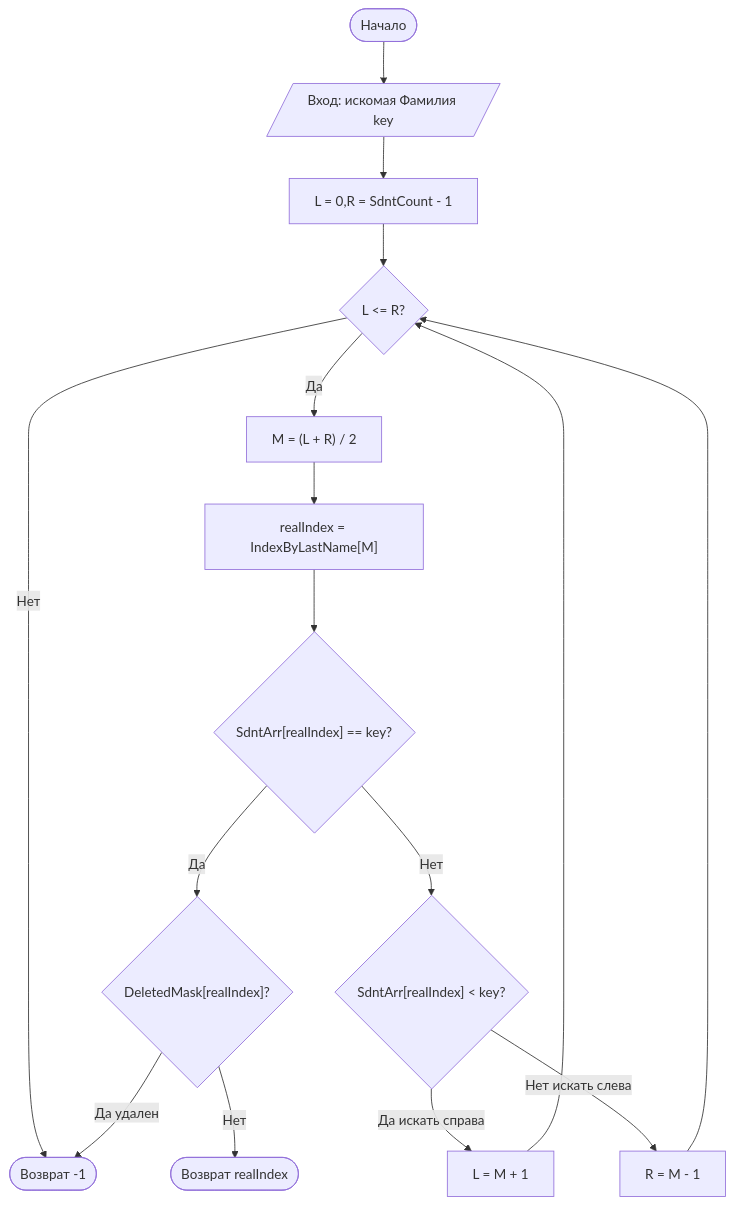
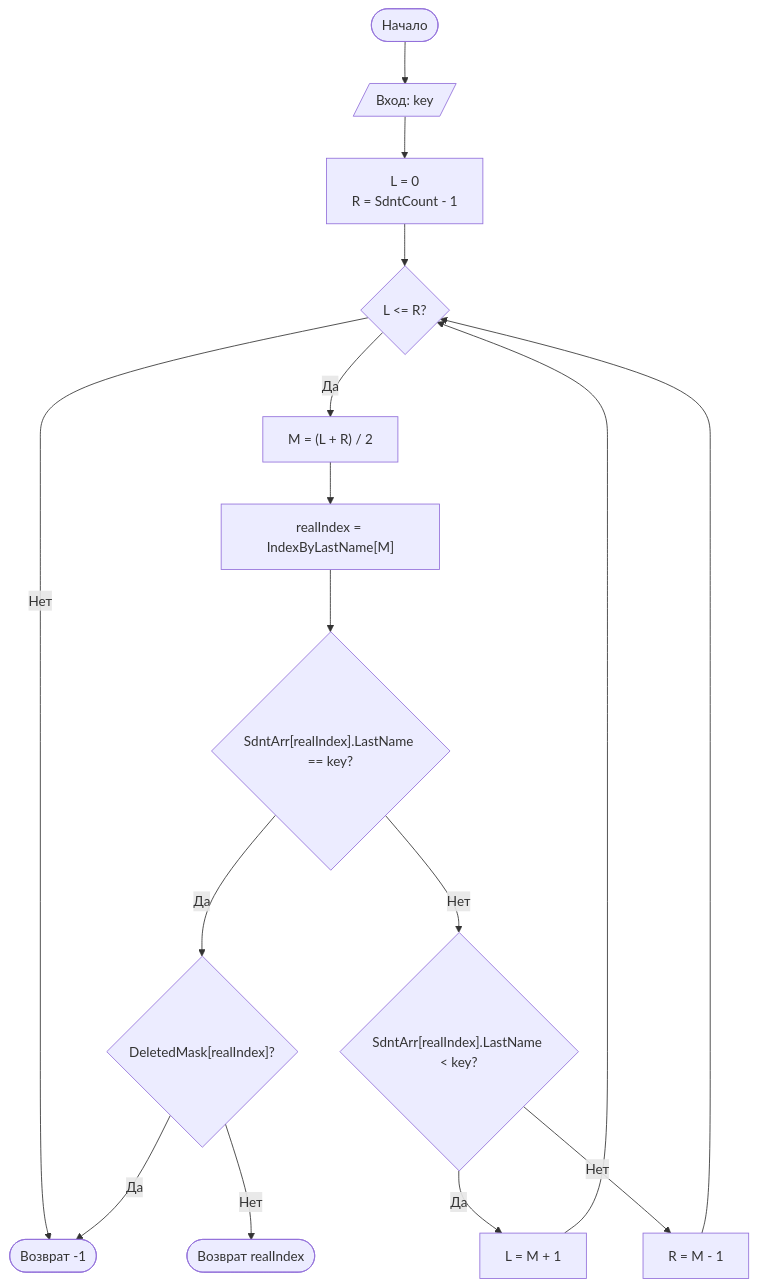
One commit to Zrossiz/toi changed the third of 4 diagrams in README.md. Above: the diagram before and after it, drawn with Mermaid. The commit also changed other lines of this file, not shown here.

````diff
--- a/README.md
+++ b/README.md
@@ -42,23 +87,24 @@
 ```mermaid
 flowchart TD
-    Start([Начало]) --> Input[/Вход: искомая Фамилия key/]
-    Input --> Init["L = 0,R = SdntCount - 1"]
-    Init --> CheckLoop{"L <= R?"}
+    Start([Начало]) --> Input[/Вход: key/]
+    Input --> InitBounds["L = 0<br/>R = SdntCount - 1"]
 
-    CheckLoop -- Нет --> NotFound([Возврат -1])
-    CheckLoop -- Да --> CalcM["M = (L + R) / 2"]
+    InitBounds --> CondLoop{"L <= R?"}
+    CondLoop -- Нет --> RetNotFound([Возврат -1])
 
-    CalcM --> GetReal["realIndex = IndexByLastName[M]"]
-    GetReal --> CheckMatch{"SdntArr[realIndex] == key?"}
+    CondLoop -- Да --> CalcM["M = (L + R) / 2"]
+    CalcM --> GetIdx["realIndex = IndexByLastName[M]"]
 
-    CheckMatch -- Да --> CheckDel{"DeletedMask[realIndex]?"}
-    CheckDel -- Да удален --> NotFound
-    CheckDel -- Нет --> Found([Возврат realIndex])
+    GetIdx --> CheckEq{"SdntArr[realIndex].LastName == key?"}
 
-    CheckMatch -- Нет --> CheckLess{"SdntArr[realIndex] < key?"}
-    CheckLess -- Да искать справа --> MoveL["L = M + 1"]
-    CheckLess -- Нет искать слева --> MoveR["R = M - 1"]
+    CheckEq -- Да --> CheckDel{"DeletedMask[realIndex]?"}
+    CheckDel -- Да --> RetNotFound
+    CheckDel -- Нет --> RetFound([Возврат realIndex])
 
-    MoveL --> CheckLoop
-    MoveR --> CheckLoop
+    CheckEq -- Нет --> CheckLess{"SdntArr[realIndex].LastName < key?"}
+    CheckLess -- Да --> SetL["L = M + 1"]
+    CheckLess -- Нет --> SetR["R = M - 1"]
+
+    SetL --> CondLoop
+    SetR --> CondLoop
 ```
````
